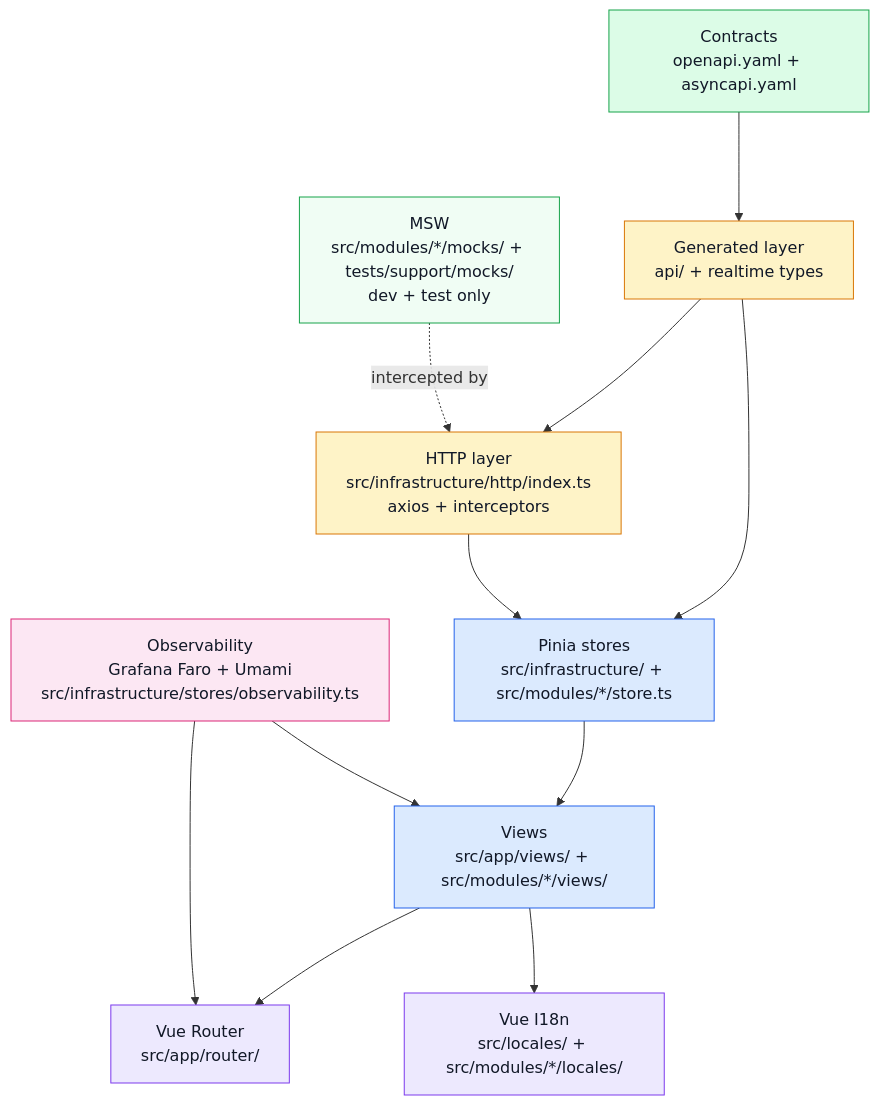
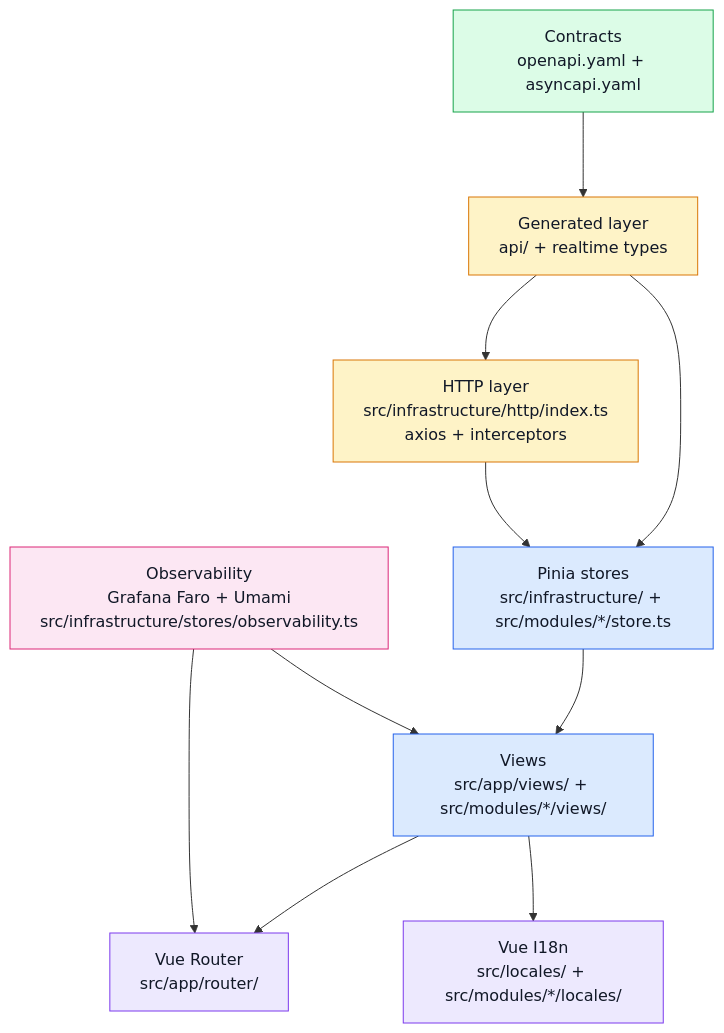
One commit to Guebbit/boilerplate-vue-frontend changed the diagram in docs/theory/architecture.md. Above: the diagram before and after it, drawn with Mermaid. The commit also changed other lines of this file and 104 other files, not shown here.

````diff
--- a/docs/theory/architecture.md
+++ b/docs/theory/architecture.md
@@ -8,31 +8,29 @@
 ```mermaid
 %%{init: {'flowchart': {'nodeSpacing': 65, 'rankSpacing': 85}}}%%
 flowchart TD
     Contract["Contracts\nopenapi.yaml + asyncapi.yaml"] --> Generated["Generated layer\napi/ + realtime types"]
     Generated --> Stores["Pinia stores\nsrc/infrastructure/ + src/modules/*/store.ts"]
     Stores --> Views["Views\nsrc/app/views/ + src/modules/*/views/"]
     Views --> Router["Vue Router\nsrc/app/router/"]
     Views --> I18N["Vue I18n\nsrc/locales/ + src/modules/*/locales/"]
 
     HTTP["HTTP layer\nsrc/infrastructure/http/index.ts\naxios + interceptors"] --> Stores
     Generated --> HTTP
 
     Obs["Observability\nGrafana Faro + Umami\nsrc/infrastructure/stores/observability.ts"] --> Views
     Obs --> Router
 
-    MSW["MSW\nsrc/modules/*/mocks/ + tests/support/mocks/\ndev + test only"] -.intercepted by.-> HTTP
 
     classDef contract fill:#dcfce7,stroke:#16a34a,color:#111827;
     classDef generated fill:#fef3c7,stroke:#d97706,color:#111827;
     classDef app fill:#dbeafe,stroke:#2563eb,color:#111827;
     classDef nav fill:#ede9fe,stroke:#7c3aed,color:#111827;
     classDef obs fill:#fce7f3,stroke:#db2777,color:#111827;
     classDef mock fill:#f0fdf4,stroke:#16a34a,color:#111827;
 
     class Contract contract;
     class Generated,HTTP generated;
     class Stores,Views app;
     class Router,I18N nav;
     class Obs obs;
-    class MSW mock;
 ```
````
